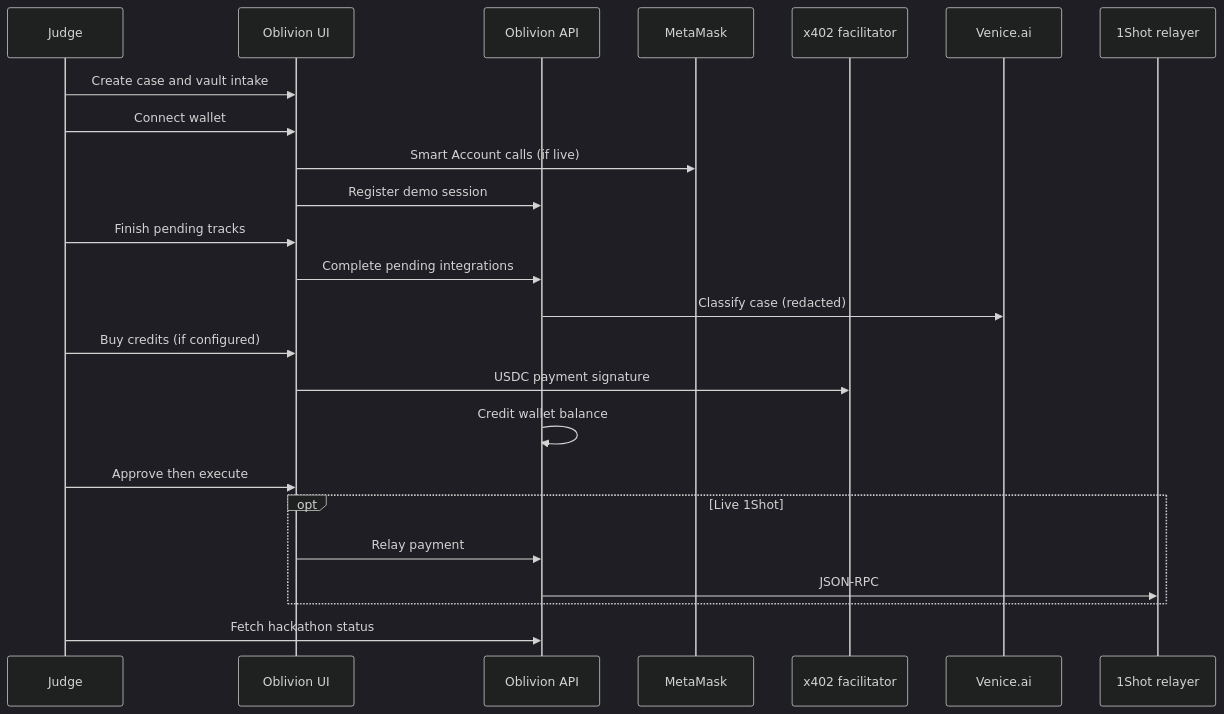
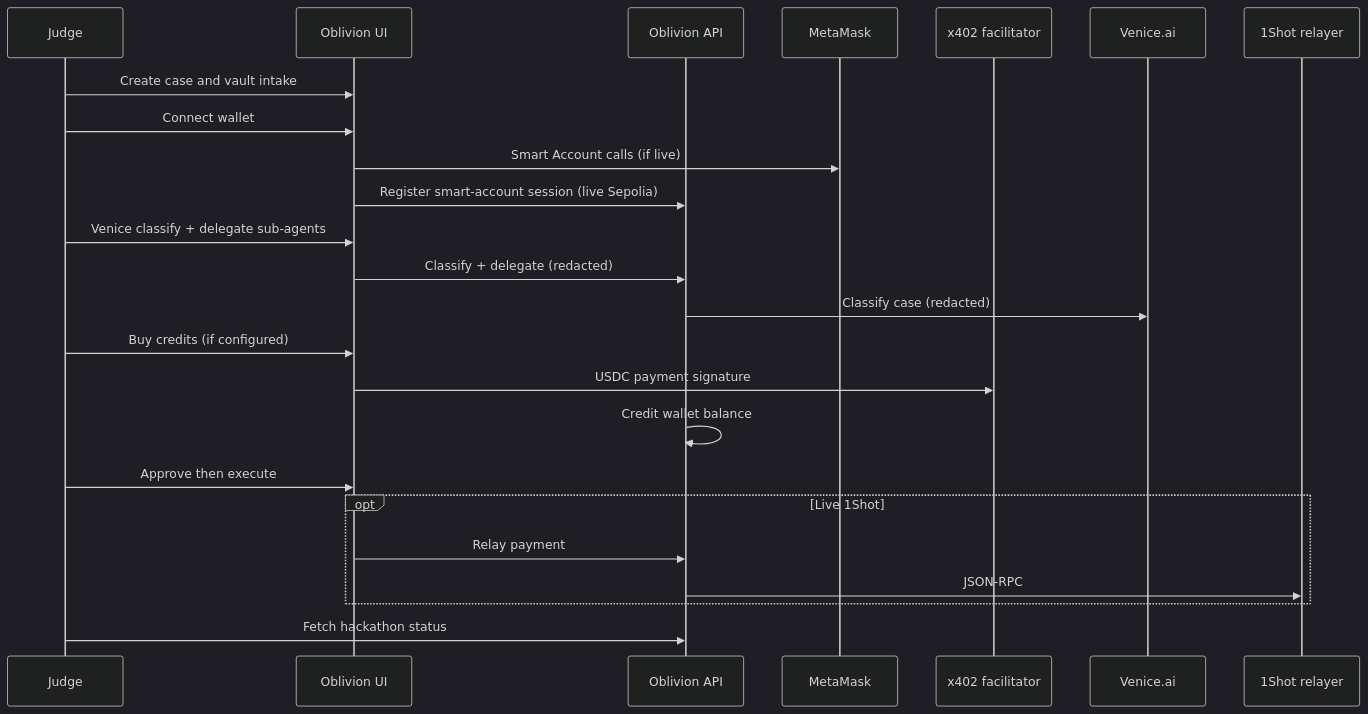
One commit to thomasjvu/oblivion changed the second of 2 diagrams in docs/src/docs/content/developers/hackathon-demo.md. Above: the diagram before and after it, drawn with Mermaid (dark theme). The commit also changed other lines of this file and 11 other files, not shown here.

First line of the commit message:
Remove hackathon demo fallbacks and synthetic complete-pending shortcuts.

````diff
--- a/docs/src/docs/content/developers/hackathon-demo.md
+++ b/docs/src/docs/content/developers/hackathon-demo.md
@@ -61,27 +61,27 @@
 ```mermaid
 sequenceDiagram
   participant Judge
   participant UI as Oblivion UI
   participant API as Oblivion API
   participant MM as MetaMask
   participant X402 as x402 facilitator
   participant Venice as Venice.ai
   participant Shot as 1Shot relayer
 
   Judge->>UI: Create case and vault intake
   Judge->>UI: Connect wallet
   UI->>MM: Smart Account calls (if live)
-  UI->>API: Register demo session
-  Judge->>UI: Finish pending tracks
-  UI->>API: Complete pending integrations
+  UI->>API: Register smart-account session (live Sepolia)
+  Judge->>UI: Venice classify + delegate sub-agents
+  UI->>API: Classify + delegate (redacted)
   API->>Venice: Classify case (redacted)
   Judge->>UI: Buy credits (if configured)
   UI->>X402: USDC payment signature
   API->>API: Credit wallet balance
   Judge->>UI: Approve then execute
   opt Live 1Shot
     UI->>API: Relay payment
     API->>Shot: JSON-RPC
   end
   Judge->>API: Fetch hackathon status
 ```
````
